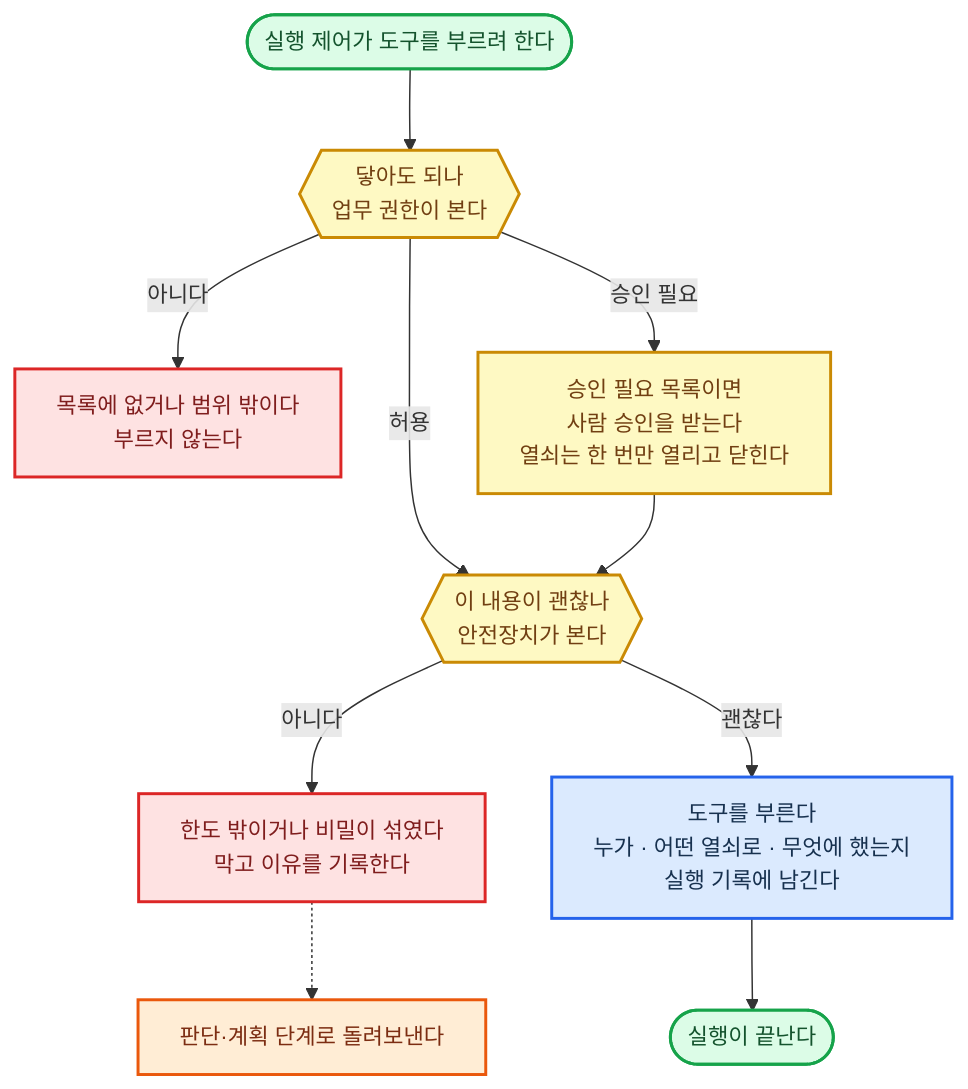
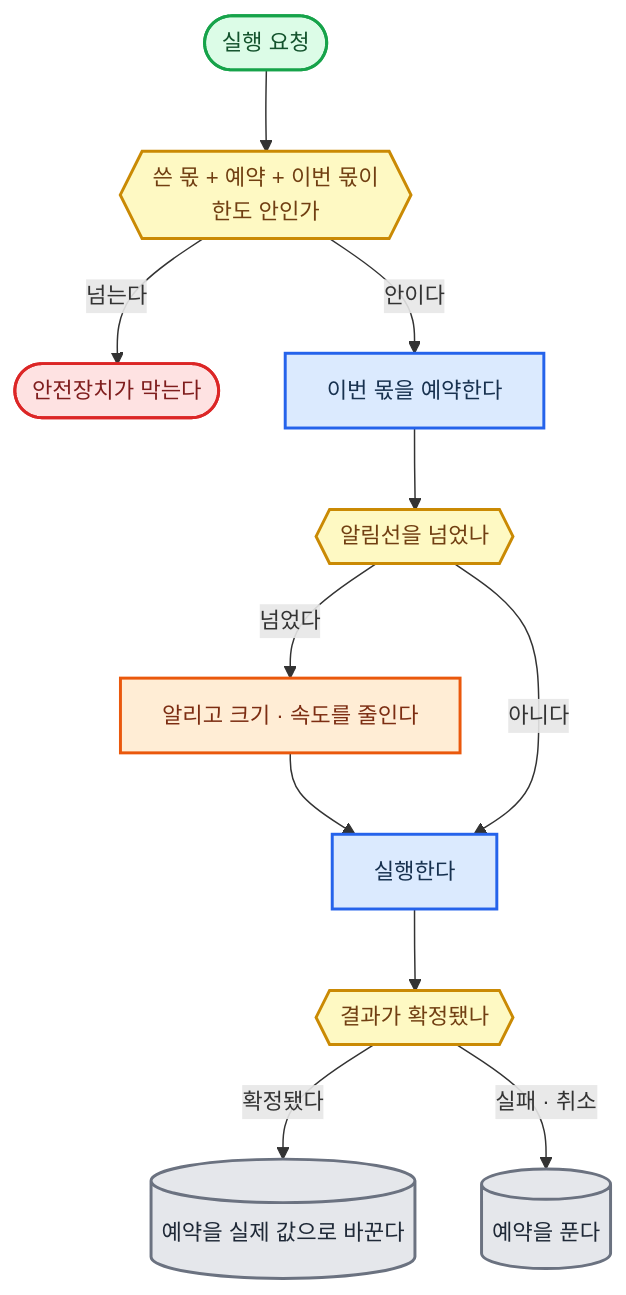
Diagram 14 of 26 in 전문가 에이전트 정의 2.md (harisbaguette/expert), drawn with Mermaid before and after one commit. The commit also changed other lines of this file and 9 other files, not shown here.

````diff
--- a/전문가 에이전트 정의 2.md
+++ b/전문가 에이전트 정의 2.md
@@ -1363,27 +1572,17 @@
 ```mermaid
 %%{init: {"flowchart": {"wrappingWidth": 640, "curve": "basis", "nodeSpacing": 45, "rankSpacing": 55, "padding": 14, "useMaxWidth": true}, "themeVariables": {"fontSize": "15px"}} }%%
 flowchart TB
-    CALL(["실행 제어가 도구를 부르려 한다"]):::good
-    G1{{"닿아도 되나<br/>업무 권한이 본다"}}:::note
-    NO1["목록에 없거나 범위 밖이다<br/>부르지 않는다"]:::stop
-    ASK["승인 필요 목록이면<br/>사람 승인을 받는다<br/>열쇠는 한 번만 열리고 닫힌다"]:::note
-    G2{{"이 내용이 괜찮나<br/>안전장치가 본다"}}:::note
-    NO2["한도 밖이거나 비밀이 섞였다<br/>막고 이유를 기록한다"]:::stop
-    BACK["판단·계획 단계로 돌려보낸다"]:::back
-    RUN["도구를 부른다<br/>누가 · 어떤 열쇠로 · 무엇에 했는지<br/>실행 기록에 남긴다"]:::main
-    DONE(["실행이 끝난다"]):::good
-    CALL --> G1
-    G1 -- "아니다" --> NO1
-    G1 -- "승인 필요" --> ASK
-    G1 -- "허용" --> G2
-    ASK --> G2
-    G2 -- "아니다" --> NO2
-    G2 -- "괜찮다" --> RUN --> DONE
-    NO2 -.-> BACK
+    IN(["실행 요청"]):::good --> Q1{{"쓴 몫 + 예약 + 이번 몫이<br/>한도 안인가"}}:::note
+    Q1 -- "넘는다" --> STOP(["안전장치가 막는다"]):::stop
+    Q1 -- "안이다" --> RES["이번 몫을 예약한다"]:::main --> Q2{{"알림선을 넘었나"}}:::note
+    Q2 -- "넘었다" --> SLOW["알리고 크기 · 속도를 줄인다"]:::back --> RUN["실행한다"]:::main
+    Q2 -- "아니다" --> RUN --> Q3{{"결과가 확정됐나"}}:::note
+    Q3 -- "확정됐다" --> FIX[("예약을 실제 값으로 바꾼다")]:::store
+    Q3 -- "실패 · 취소" --> FREE[("예약을 푼다")]:::store
     classDef main fill:#dbeafe,stroke:#2563eb,stroke-width:2px,color:#17314f
     classDef stop fill:#fee2e2,stroke:#dc2626,stroke-width:2px,color:#7f1d1d
     classDef back fill:#ffedd5,stroke:#ea580c,stroke-width:2px,color:#7c2d12
     classDef store fill:#e5e7eb,stroke:#6b7280,stroke-width:2px,color:#1f2937
     classDef good fill:#dcfce7,stroke:#16a34a,stroke-width:2px,color:#14532d
     classDef note fill:#fef9c3,stroke:#ca8a04,stroke-width:2px,color:#713f12
 ```
````
